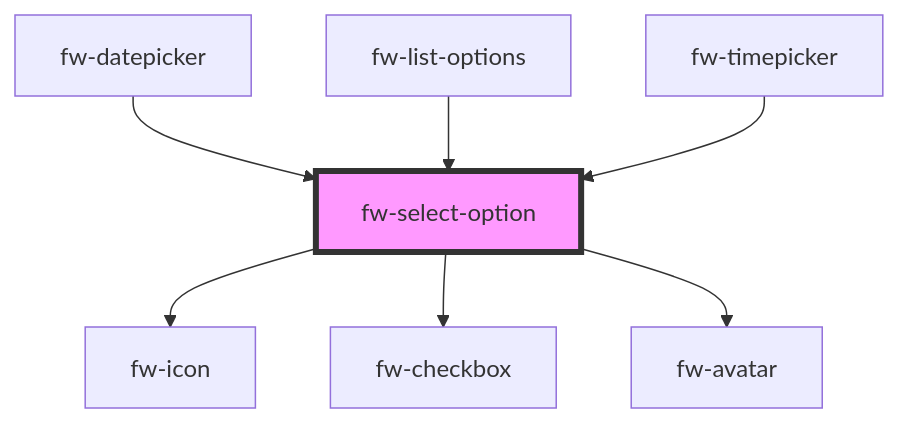
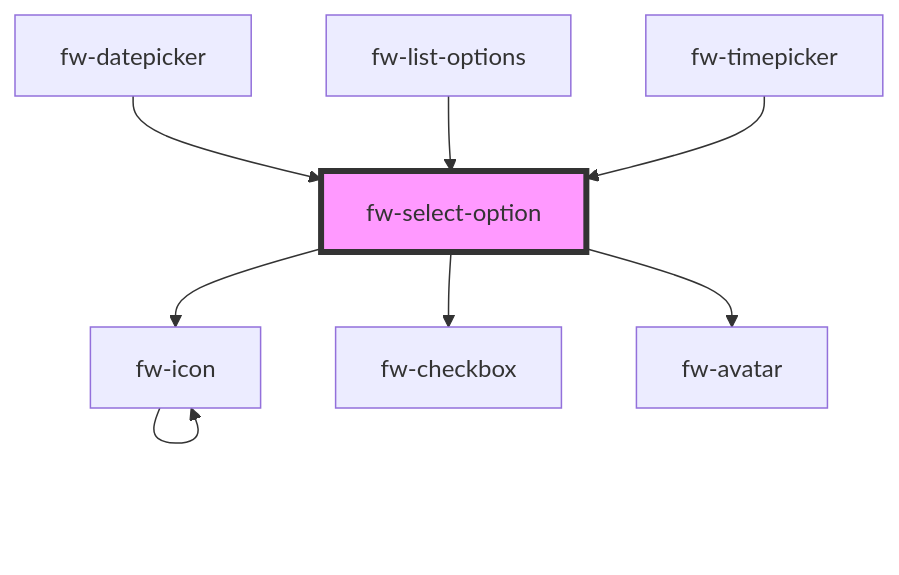
Before and after one commit to freshworks/crayons: the diagram in packages/crayons-core/src/components/select-option/readme.md, drawn with Mermaid. The commit also changed 34 other files, not shown here.

````diff
--- a/packages/crayons-core/src/components/select-option/readme.md
+++ b/packages/crayons-core/src/components/select-option/readme.md
@@ -154,10 +154,11 @@
 ```mermaid
 graph TD;
   fw-select-option --> fw-icon
   fw-select-option --> fw-checkbox
   fw-select-option --> fw-avatar
+  fw-icon --> fw-icon
   fw-datepicker --> fw-select-option
   fw-list-options --> fw-select-option
   fw-timepicker --> fw-select-option
   style fw-select-option fill:#f9f,stroke:#333,stroke-width:4px
 ```
````
